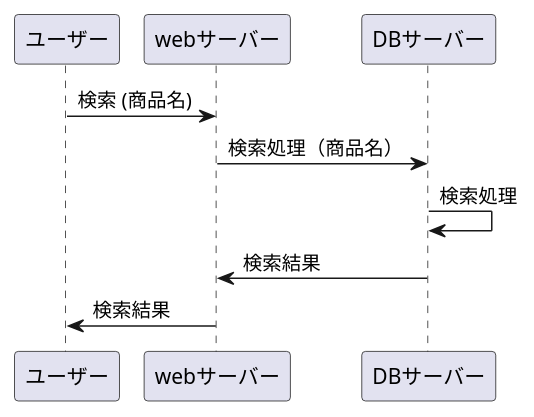
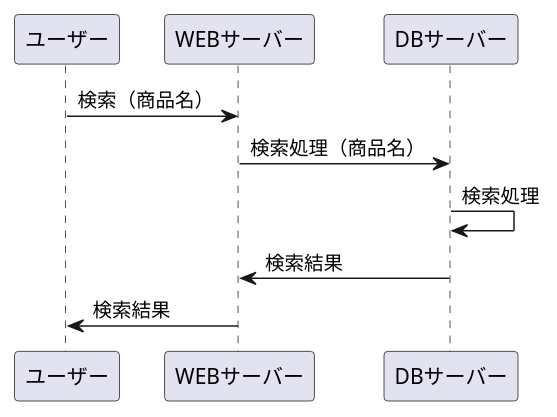
Before and after one commit to aso2001389/2021system: the first of 3 diagrams in 機能一覧1.md, drawn with PlantUML. The commit also changed other lines of this file, not shown here.

````diff
--- a/機能一覧1.md
+++ b/機能一覧1.md
@@ -1,9 +10,7 @@
-```uml
 @startuml
-ユーザー -> webサーバー: 検索 (商品名)
-webサーバー -> DBサーバー:検索処理（商品名）
-DBサーバー -> DBサーバー: 検索処理
-DBサーバー -> webサーバー: 検索結果
-webサーバー -> ユーザー: 検索結果
+ユーザー -> WEBサーバー : 検索（商品名）
+WEBサーバー -> DBサーバー : 検索処理（商品名）
+DBサーバー -> DBサーバー : 検索処理
+DBサーバー -> WEBサーバー : 検索結果
+WEBサーバー -> ユーザー : 検索結果
 @enduml
-```
````
